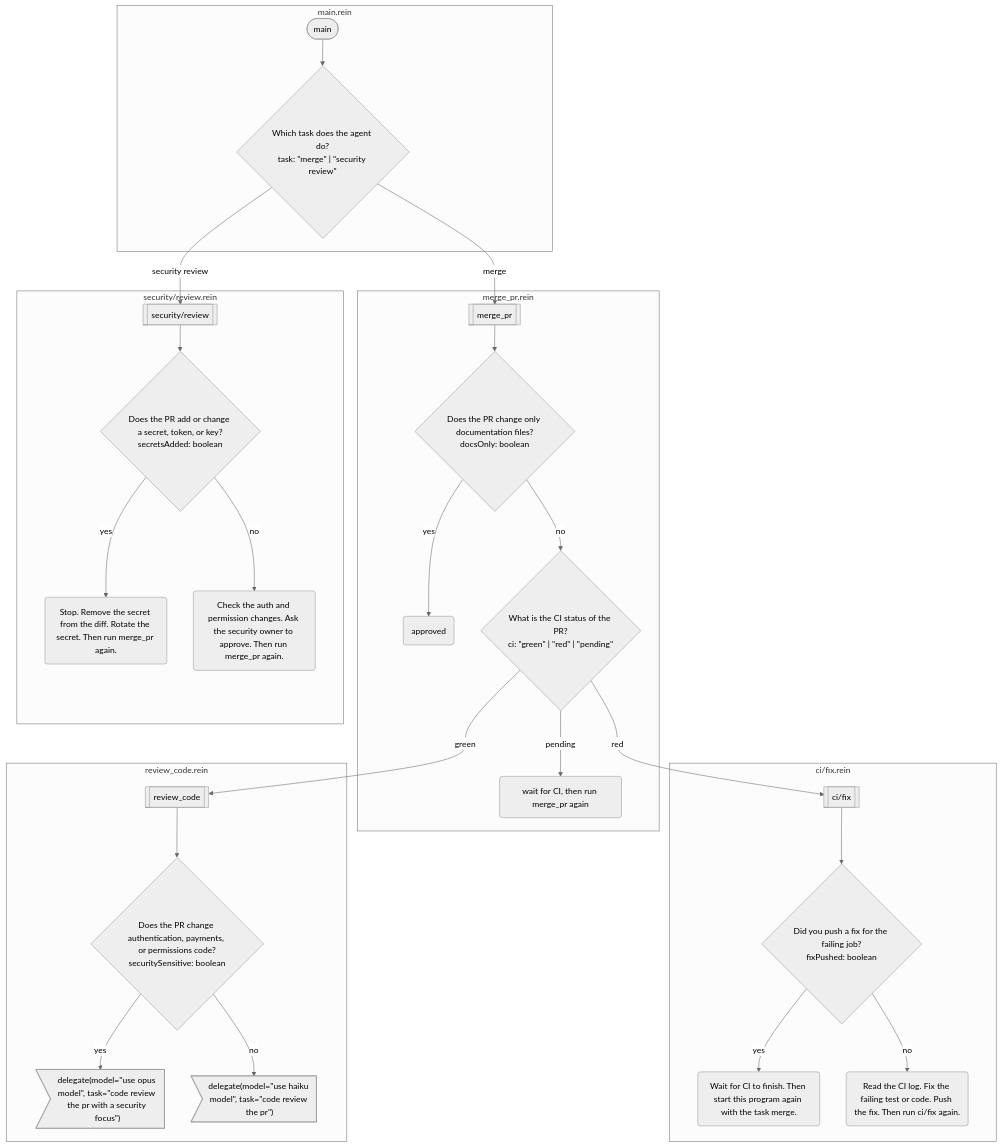
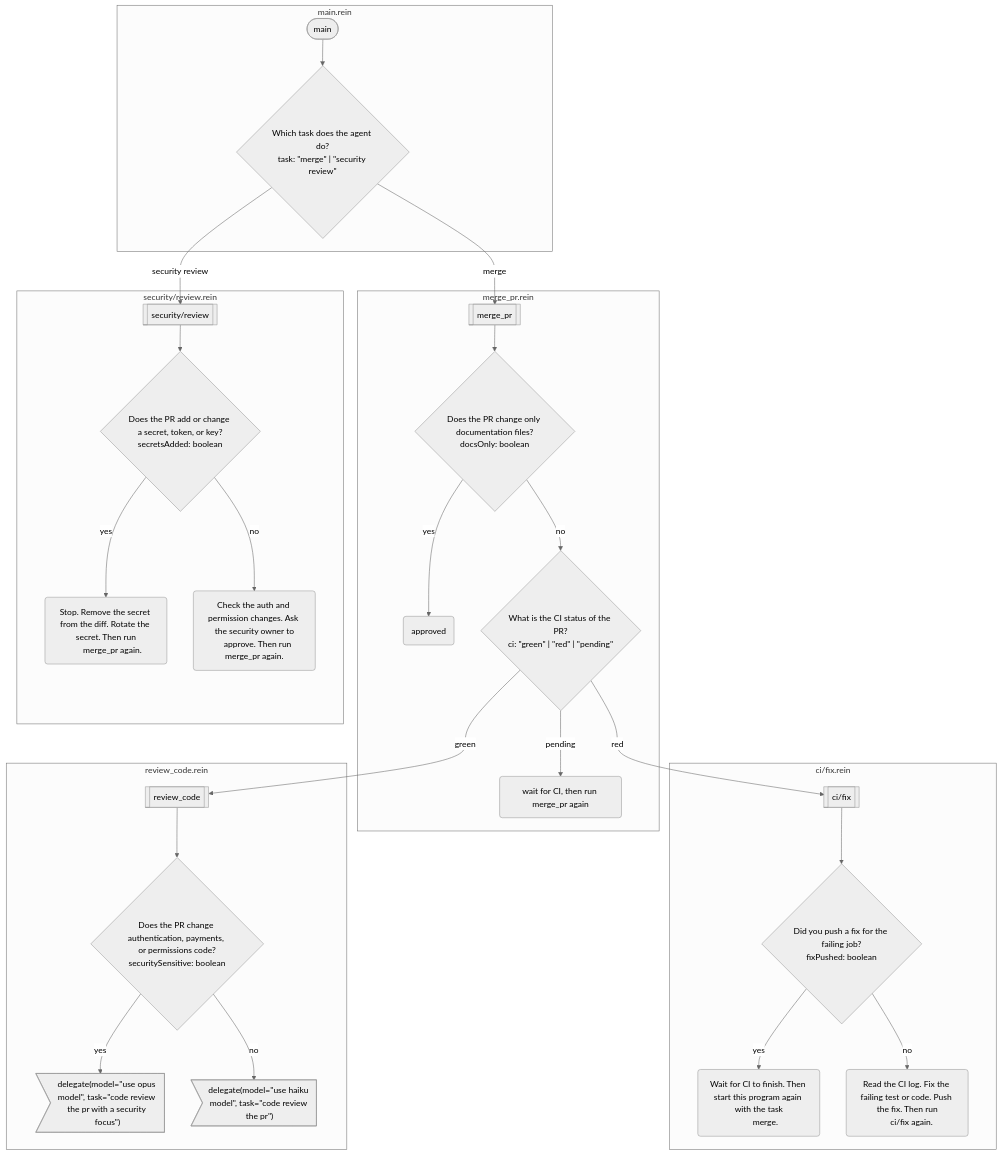
The diagram in website/docs/examples/merge-pr.md (rein-lang/rein), drawn with Mermaid (neutral theme) before and after one commit. The commit also changed 34 other files, not shown here.

````diff
--- a/website/docs/examples/merge-pr.md
+++ b/website/docs/examples/merge-pr.md
@@ -11,50 +11,50 @@
 ```mermaid
 flowchart TD
     subgraph s0 ["ci/fix.rein"]
         f0[["ci/fix"]]
         f0_0{"Did you push a fix for the failing job?<br/>fixPushed: boolean"}
-        f0_1("Wait for CI to finish. Then start this program again with the task merge.")
-        f0_2("Read the CI log. Fix the failing test or code. Push the fix. Then run ci/fix again.")
+        f0_1("Wait for CI to finish. Then start this program again with the task<br/>      merge.")
+        f0_2("Read the CI log. Fix the failing test or code. Push the fix. Then run<br/>    ci/fix again.")
     end
     subgraph s1 ["main.rein"]
         f1(["main"])
         f1_0{"Which task does the agent do?<br/>task: #quot;merge#quot; | #quot;security review#quot;"}
     end
     subgraph s2 ["merge_pr.rein"]
         f2[["merge_pr"]]
         f2_0{"Does the PR change only documentation files?<br/>docsOnly: boolean"}
         f2_1("approved")
         f2_2{"What is the CI status of the PR?<br/>ci: #quot;green#quot; | #quot;red#quot; | #quot;pending#quot;"}
         f2_3("wait for CI, then run merge_pr again")
     end
     subgraph s3 ["review_code.rein"]
         f3[["review_code"]]
         f3_0{"Does the PR change authentication, payments, or permissions code?<br/>securitySensitive: boolean"}
         f3_1>"delegate(model=#quot;use opus model#quot;, task=#quot;code review the pr with a security focus#quot;)"]
         f3_2>"delegate(model=#quot;use haiku model#quot;, task=#quot;code review the pr#quot;)"]
     end
     subgraph s4 ["security/review.rein"]
         f4[["security/review"]]
         f4_0{"Does the PR add or change a secret, token, or key?<br/>secretsAdded: boolean"}
-        f4_1("Stop. Remove the secret from the diff. Rotate the secret. Then run merge_pr again.")
-        f4_2("Check the auth and permission changes. Ask the security owner to approve. Then run merge_pr again.")
+        f4_1("Stop. Remove the secret from the diff. Rotate the secret. Then run<br/>      merge_pr again.")
+        f4_2("Check the auth and permission changes. Ask the security owner to<br/>    approve. Then run merge_pr again.")
     end
     f0 --> f0_0
     f0_0 -->|"yes"| f0_1
     f0_0 -->|"no"| f0_2
     f1 --> f1_0
     f1_0 -->|"merge"| f2
     f1_0 -->|"security review"| f4
     f2 --> f2_0
     f2_0 -->|"yes"| f2_1
     f2_0 -->|"no"| f2_2
     f2_2 -->|"green"| f3
     f2_2 -->|"red"| f0
     f2_2 -->|"pending"| f2_3
     f3 --> f3_0
     f3_0 -->|"yes"| f3_1
     f3_0 -->|"no"| f3_2
     f4 --> f4_0
     f4_0 -->|"yes"| f4_1
     f4_0 -->|"no"| f4_2
 ```
````
